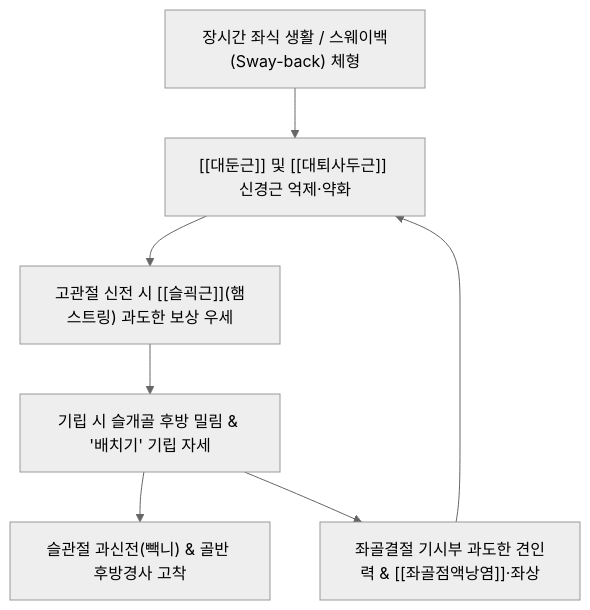
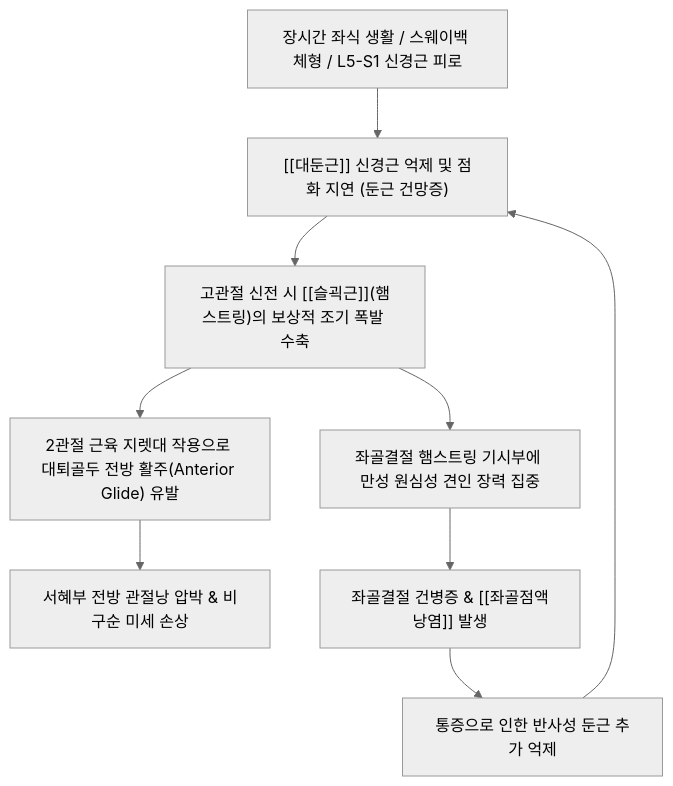
Before and after one commit to simbio11/simbio-digital-garden2: the first of 3 diagrams in content/3. 이론 공부/질환/근골격계 질환/하지/고관절 신전 증후군.md, drawn with Mermaid (neutral theme). The commit also changed other lines of this file and 350 other files, not shown here.

````diff
--- a/content/3. 이론 공부/질환/근골격계 질환/하지/고관절 신전 증후군.md
+++ b/content/3. 이론 공부/질환/근골격계 질환/하지/고관절 신전 증후군.md
@@ -71,9 +108,11 @@
 ```mermaid
-graph TD
-    Sitting["장시간 좌식 생활 / 스웨이백(Sway-back) 체형"] --> GluteAmnesia["[[대둔근]] 및 [[대퇴사두근]] 신경근 억제·약화"]
-    GluteAmnesia --> HamDominance["고관절 신전 시 [[슬괵근]](햄스트링) 과도한 보상 우세"]
-    HamDominance --> KneeBack["기립 시 슬개골 후방 밀림 & '배치기' 기립 자세"]
-    KneeBack --> Recurvatum["슬관절 과신전(빽니) & 골반 후방경사 고착"]
-    KneeBack --> IschialTension["좌골결절 기시부 과도한 견인력 & [[좌골점액낭염]]·좌상"]
-    IschialTension --> GluteAmnesia
+flowchart TD
+    A["장시간 좌식 생활 / 스웨이백 체형 / L5-S1 신경근 피로"] --> B["[[대둔근]] 신경근 억제 및 점화 지연 (둔근 건망증)"]
+    B --> C["고관절 신전 시 [[슬괵근]](햄스트링)의 보상적 조기 폭발 수축"]
+    C --> D["2관절 근육 지렛대 작용으로 대퇴골두 전방 활주(Anterior Glide) 유발"]
+    D --> E["서혜부 전방 관절낭 압박 & 비구순 미세 손상"]
+    C --> F["좌골결절 햄스트링 기시부에 만성 원심성 견인 장력 집중"]
+    F --> G["좌골결절 건병증 & [[좌골점액낭염]] 발생"]
+    G --> H["통증으로 인한 반사성 둔근 추가 억제"]
+    H --> B
 ```
````
